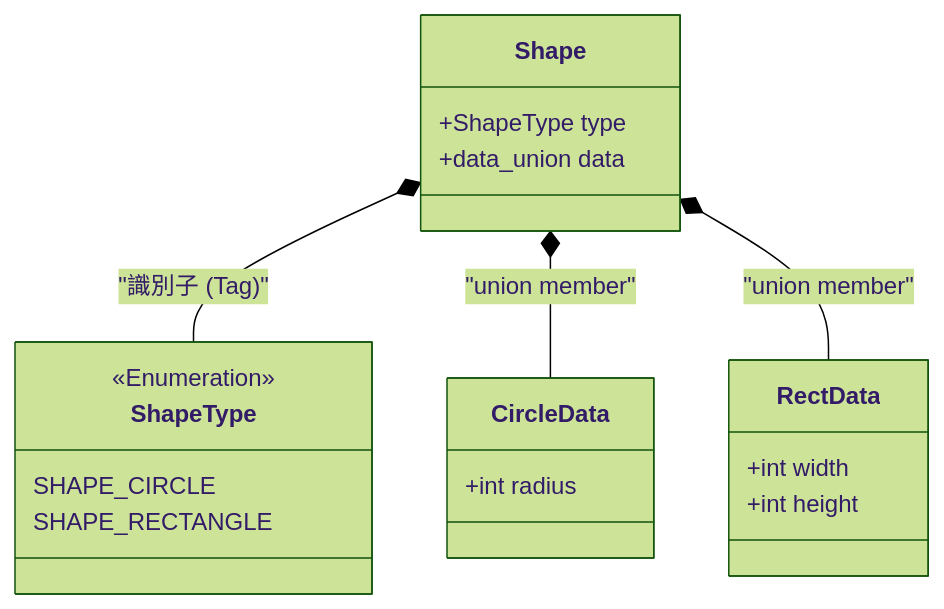
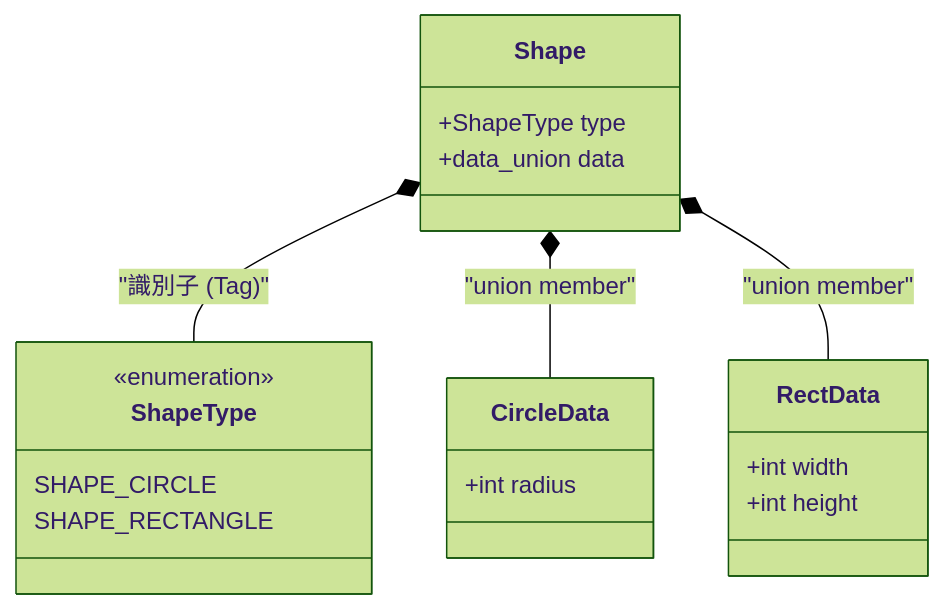
The first of 2 diagrams in 02_章別/05_第1部 第3章 構造体設計とコンポジション - データと責任の統合_02.md (kumachan1101/BookProject), drawn with Mermaid (forest theme) before and after one commit. The commit also changed other lines of this file and 113 other files, not shown here.

````diff
--- a/02_章別/05_第1部 第3章 構造体設計とコンポジション - データと責任の統合_02.md
+++ b/02_章別/05_第1部 第3章 構造体設計とコンポジション - データと責任の統合_02.md
@@ -32,24 +25,24 @@
 ```mermaid
     classDiagram
     direction TB
     class Shape {
         +ShapeType type
         +data_union data
     }
     class ShapeType {
-        <<Enumeration>>
+        <<enumeration>>
         SHAPE_CIRCLE
         SHAPE_RECTANGLE
     }
     class CircleData {
         +int radius
     }
     class RectData {
         +int width
         +int height
     }
 
     Shape *-- ShapeType : "識別子 (Tag)"
     Shape *-- CircleData : "union member"
     Shape *-- RectData : "union member"
 ```
````
